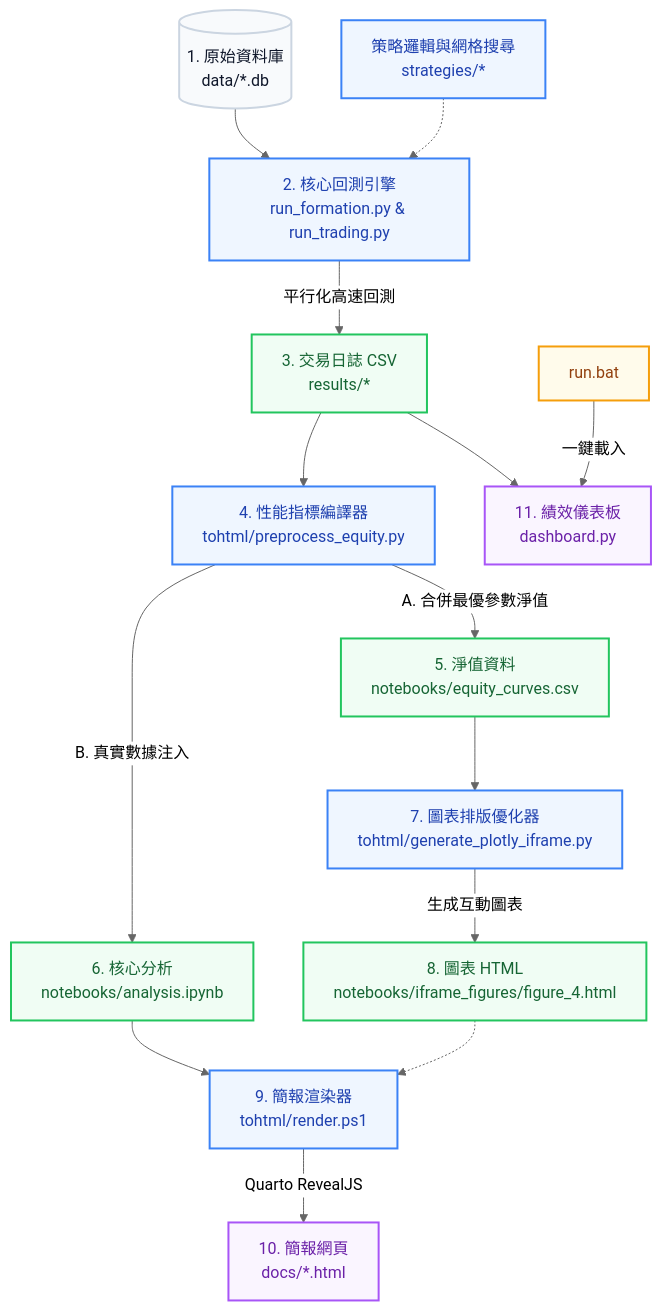
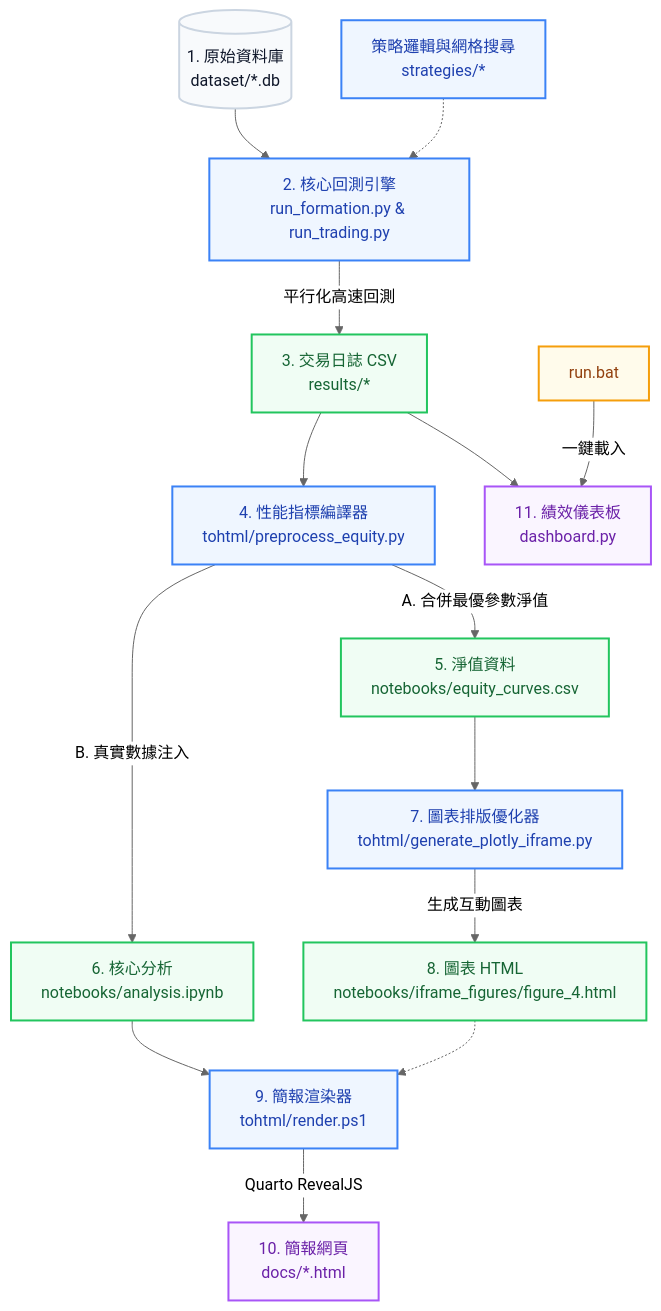
The diagram in PROJECT_GUIDE.md (LerajieAsta/pairtrade_trainingproject), drawn with Mermaid (neutral theme) before and after one commit. The commit also changed other lines of this file and 13 other files, not shown here.

````diff
--- a/PROJECT_GUIDE.md
+++ b/PROJECT_GUIDE.md
@@ -63,29 +56,29 @@
 ```mermaid
 graph TD
     %% 節點定義與樣式
     classDef source fill:#f8fafc,stroke:#cbd5e1,stroke-width:2px,color:#0f172a;
     classDef engine fill:#eff6ff,stroke:#3b82f6,stroke-width:2px,color:#1e40af;
     classDef output fill:#f0fdf4,stroke:#22c55e,stroke-width:2px,color:#166534;
     classDef presentation fill:#faf5ff,stroke:#a855f7,stroke-width:2px,color:#6b21a8;
     classDef launcher fill:#fffbeb,stroke:#f59e0b,stroke-width:2px,color:#92400e;
 
-    Sub1[(1. 原始資料庫<br>data/*.db)]:::source --> Main[2. 核心回測引擎<br>run_formation.py & run_trading.py]:::engine
+    Sub1[(1. 原始資料庫<br>dataset/*.db)]:::source --> Main[2. 核心回測引擎<br>run_formation.py & run_trading.py]:::engine
     Sub2[策略邏輯與網格搜尋<br>strategies/*]:::engine -.-> Main
     
     Main -->|平行化高速回測| ResDir[3. 交易日誌 CSV<br>results/*]:::output
     
     ResDir --> Prep[4. 性能指標編譯器<br>tohtml/preprocess_equity.py]:::engine
     
     Prep -->|A. 合併最優參數淨值| EqCSV[5. 淨值資料<br>notebooks/equity_curves.csv]:::output
     Prep -->|B. 真實數據注入| NbAnal[6. 核心分析<br>notebooks/analysis.ipynb]:::output
     
     EqCSV --> PlotlyGen[7. 圖表排版優化器<br>tohtml/generate_plotly_iframe.py]:::engine
     PlotlyGen -->|生成互動圖表| FigHtml[8. 圖表 HTML<br>notebooks/iframe_figures/figure_4.html]:::output
     
     NbAnal --> Quarto[9. 簡報渲染器<br>tohtml/render.ps1]:::engine
     FigHtml -.-> Quarto
     Quarto -->|Quarto RevealJS| Docs[10. 簡報網頁<br>docs/*.html]:::presentation
     
     ResDir --> Streamlit[11. 績效儀表板<br>dashboard.py]:::presentation
     RunBat[run.bat]:::launcher -->|一鍵載入| Streamlit
 ```
````
